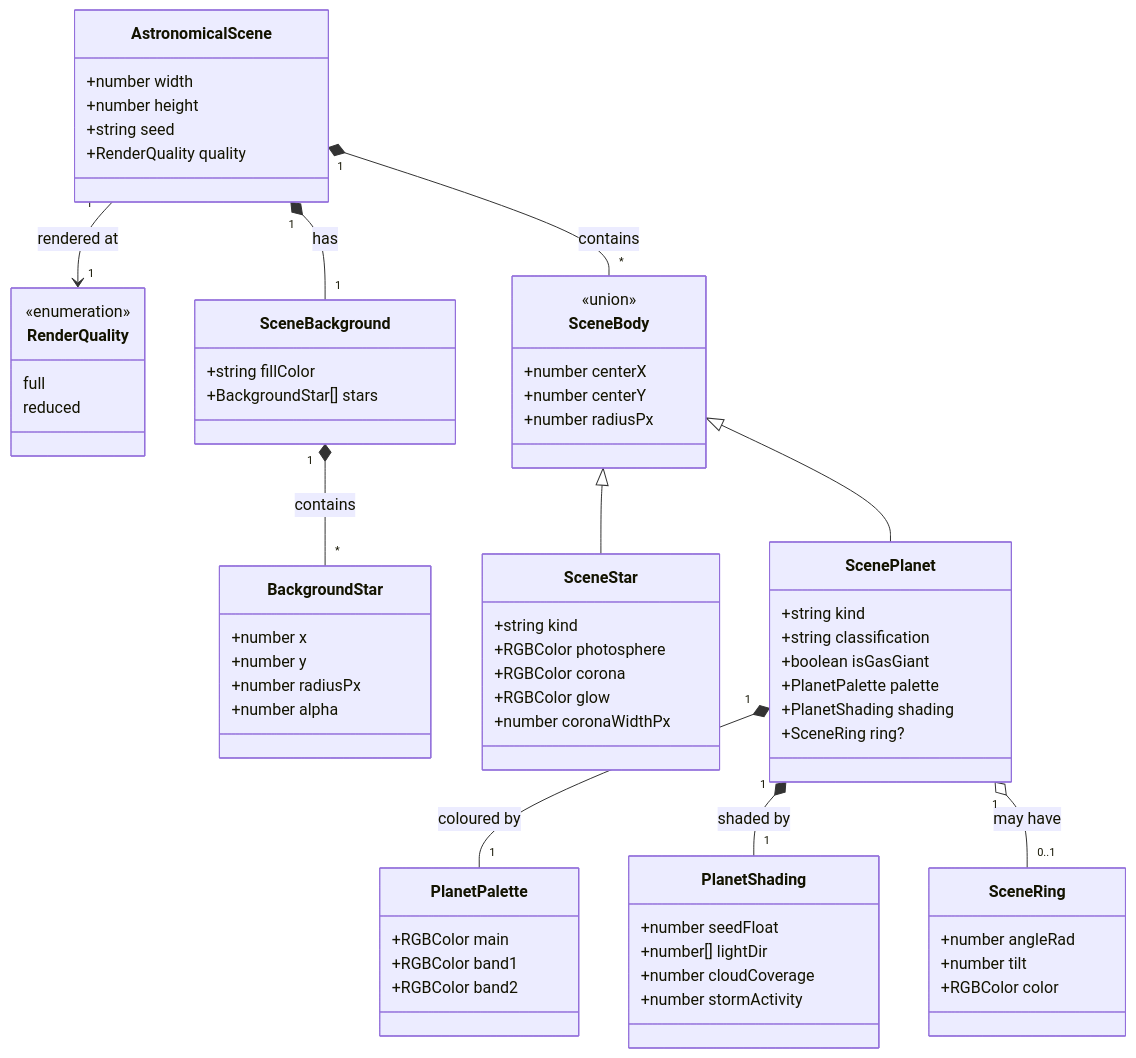
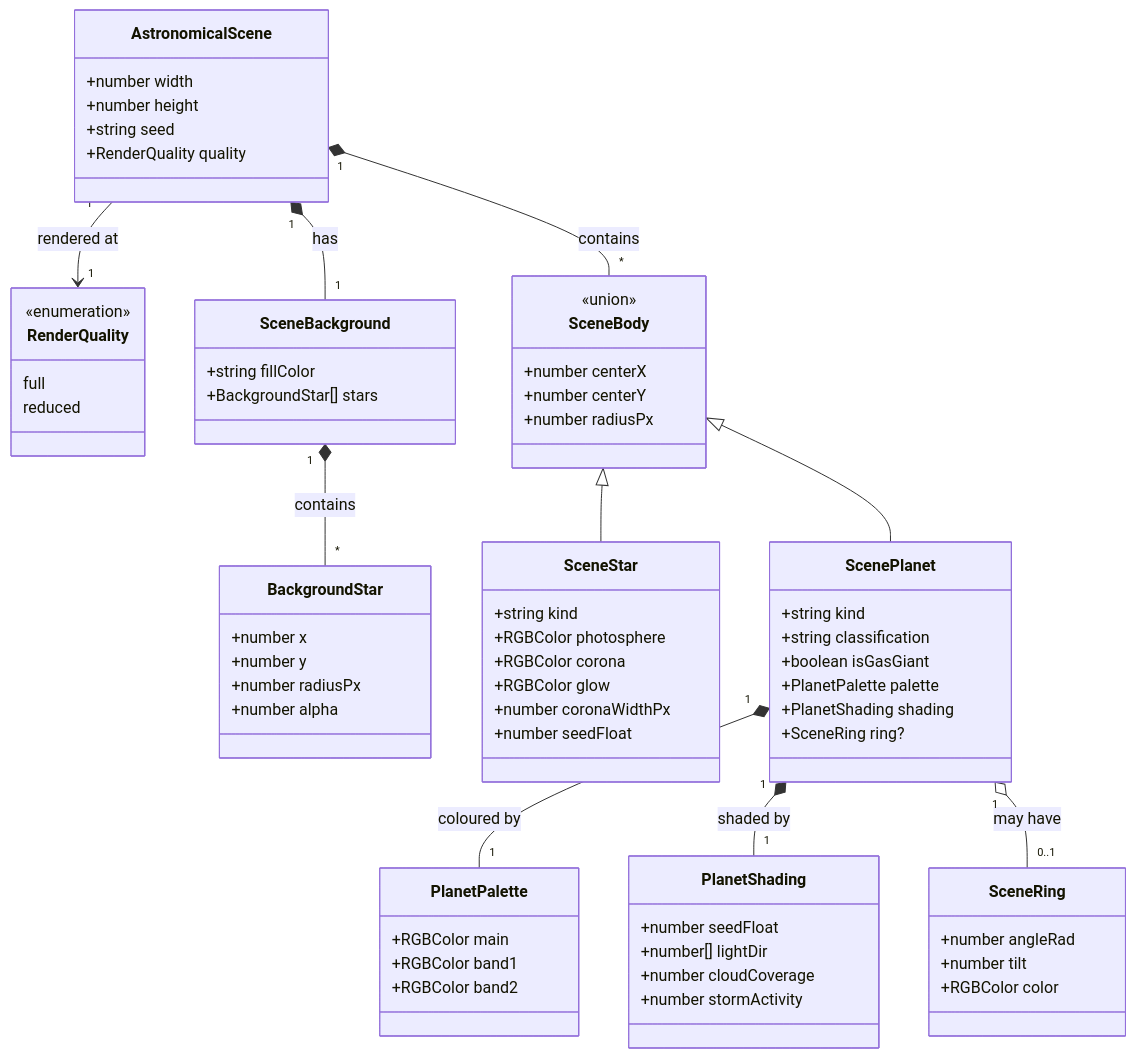
The first of 2 diagrams in docs/renderers.md (ironarachne/ironarachne), drawn with Mermaid before and after one commit. The commit also changed other lines of this file and 38 other files, not shown here.

````diff
--- a/docs/renderers.md
+++ b/docs/renderers.md
@@ -213,71 +214,72 @@
 ```mermaid
 classDiagram
     class AstronomicalScene {
         +number width
         +number height
         +string seed
         +RenderQuality quality
     }
     class RenderQuality {
         <<enumeration>>
         full
         reduced
     }
     class SceneBackground {
         +string fillColor
         +BackgroundStar[] stars
     }
     class BackgroundStar {
         +number x
         +number y
         +number radiusPx
         +number alpha
     }
     class SceneBody {
         <<union>>
         +number centerX
         +number centerY
         +number radiusPx
     }
     class SceneStar {
         +string kind
         +RGBColor photosphere
         +RGBColor corona
         +RGBColor glow
         +number coronaWidthPx
+        +number seedFloat
     }
     class ScenePlanet {
         +string kind
         +string classification
         +boolean isGasGiant
         +PlanetPalette palette
         +PlanetShading shading
         +SceneRing ring?
     }
     class PlanetPalette {
         +RGBColor main
         +RGBColor band1
         +RGBColor band2
     }
     class PlanetShading {
         +number seedFloat
         +number[] lightDir
         +number cloudCoverage
         +number stormActivity
     }
     class SceneRing {
         +number angleRad
         +number tilt
         +RGBColor color
     }
 
     AstronomicalScene "1" *-- "1" SceneBackground : has
     AstronomicalScene "1" --> "1" RenderQuality : rendered at
     SceneBackground "1" *-- "*" BackgroundStar : contains
     AstronomicalScene "1" *-- "*" SceneBody : contains
     SceneBody <|-- SceneStar
     SceneBody <|-- ScenePlanet
     ScenePlanet "1" *-- "1" PlanetPalette : coloured by
     ScenePlanet "1" *-- "1" PlanetShading : shaded by
     ScenePlanet "1" o-- "0..1" SceneRing : may have
 ```
````
